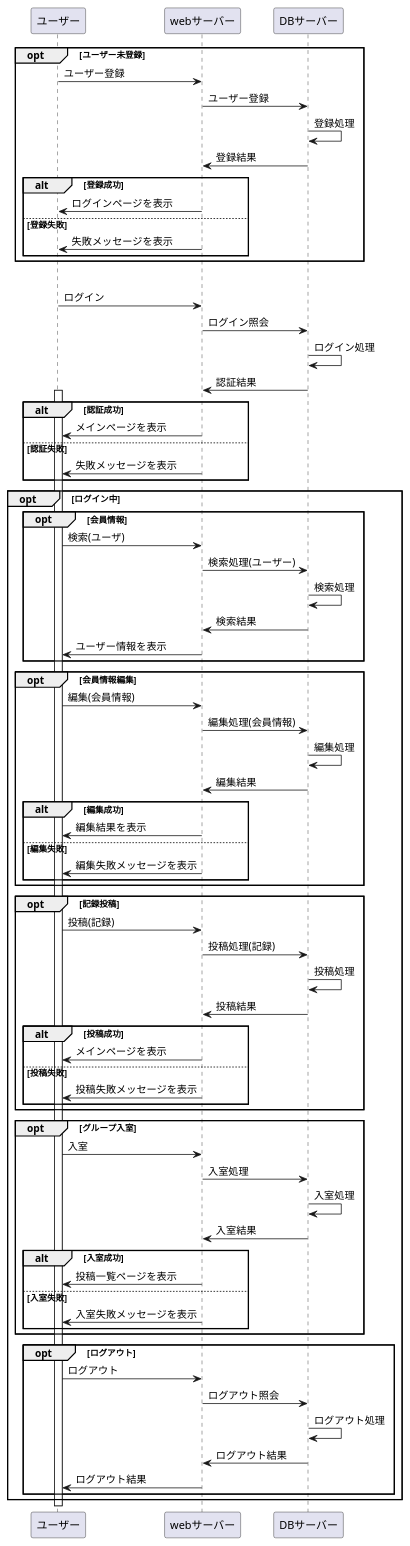
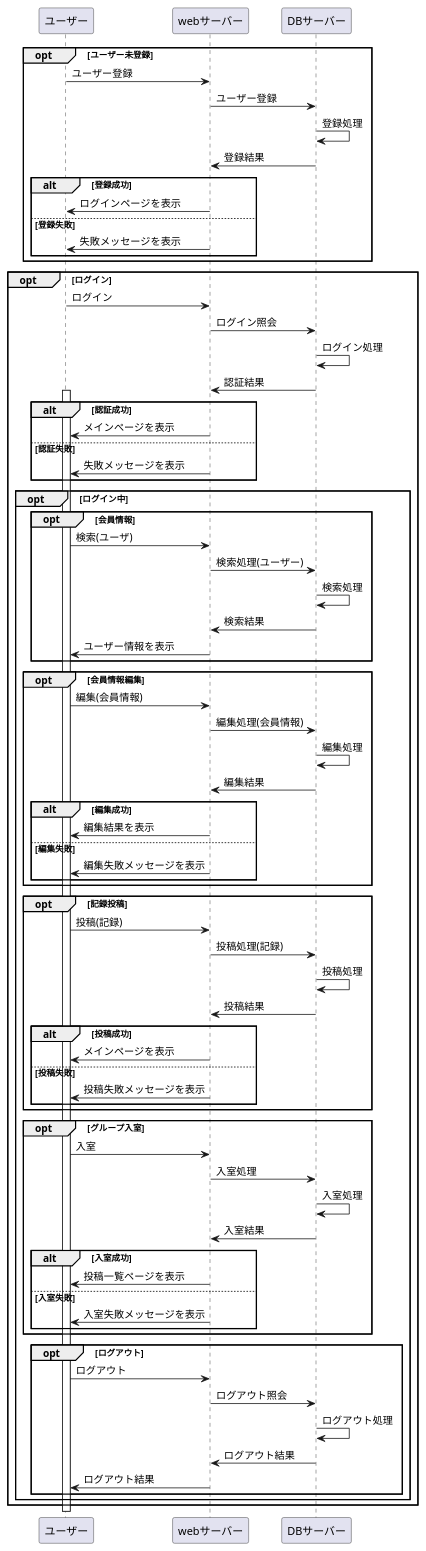
One commit to Aso2001031/System4_ver2.0 changed the diagram in 02_業務フロー/業務フロー.md. Above: the diagram before and after it, drawn with PlantUML.

````diff
--- a/02_業務フロー/業務フロー.md
+++ b/02_業務フロー/業務フロー.md
@@ -83,6 +83,7 @@
 
 end
 
+end
 
 @enduml
 ```
````
